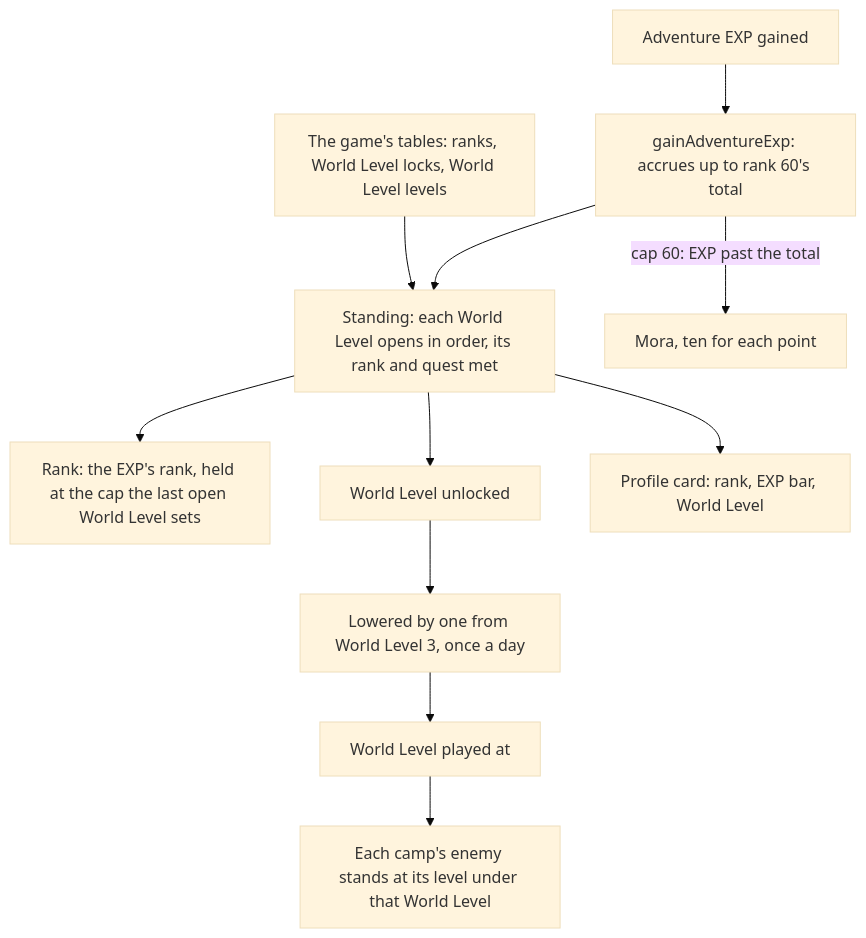
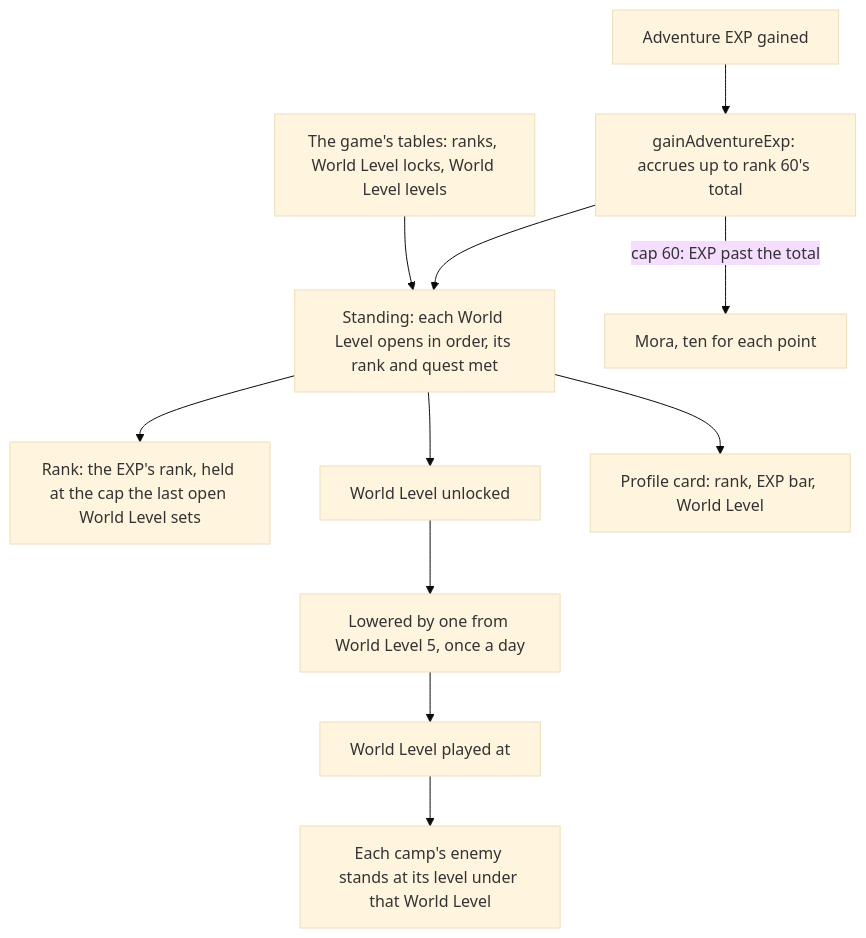
The diagram in openspec/specs/genshin/adventure-rank/design.md (Esposter/Esposter), drawn with Mermaid (base theme) before and after one commit. The commit also changed other lines of this file and 2 other files, not shown here.

````diff
--- a/openspec/specs/genshin/adventure-rank/design.md
+++ b/openspec/specs/genshin/adventure-rank/design.md
@@ -7,13 +7,13 @@
 ```mermaid
 flowchart TD
   T["The game's tables: ranks, World Level locks, World Level levels"] --> ST["Standing: each World Level opens in order, its rank and quest met"]
   E["Adventure EXP gained"] --> G["gainAdventureExp: accrues up to rank 60's total"]
   G --> ST
   ST --> R["Rank: the EXP's rank, held at the cap the last open World Level sets"]
   ST --> WL["World Level unlocked"]
   ST --> CARD["Profile card: rank, EXP bar, World Level"]
-  WL --> L["Lowered by one from World Level 3, once a day"]
+  WL --> L["Lowered by one from World Level 5, once a day"]
   L --> W["World Level played at"]
   W --> S["Each camp's enemy stands at its level under that World Level"]
   G -->|"cap 60: EXP past the total"| M["Mora, ten for each point"]
 ```
````
